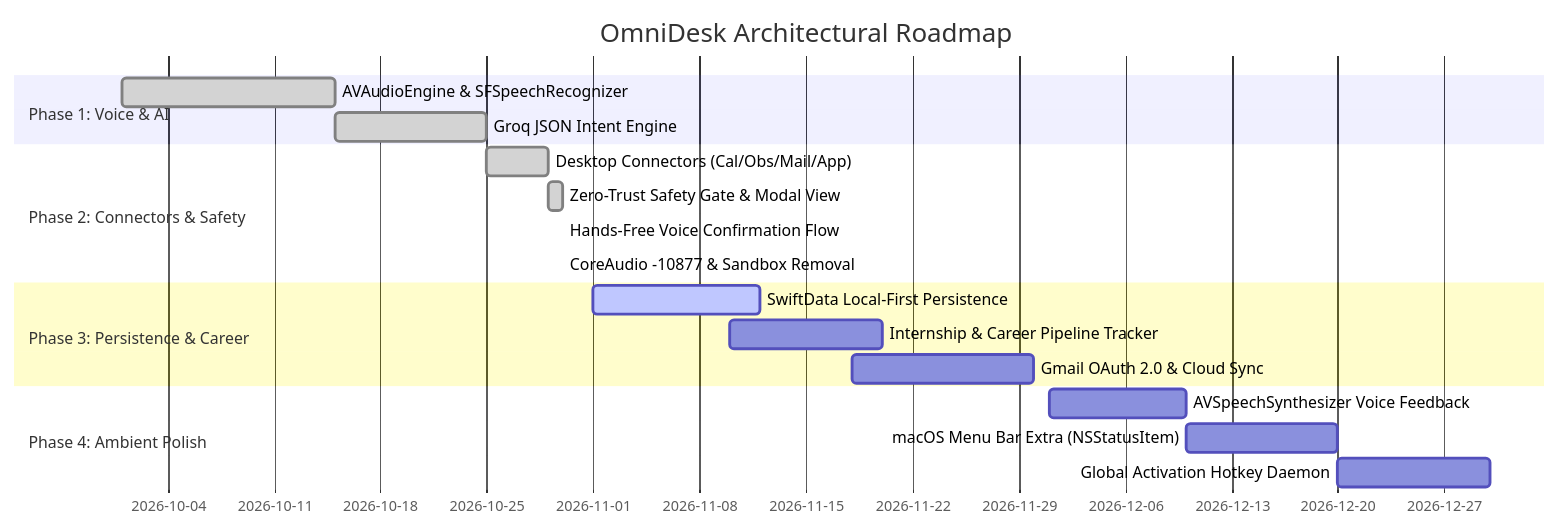
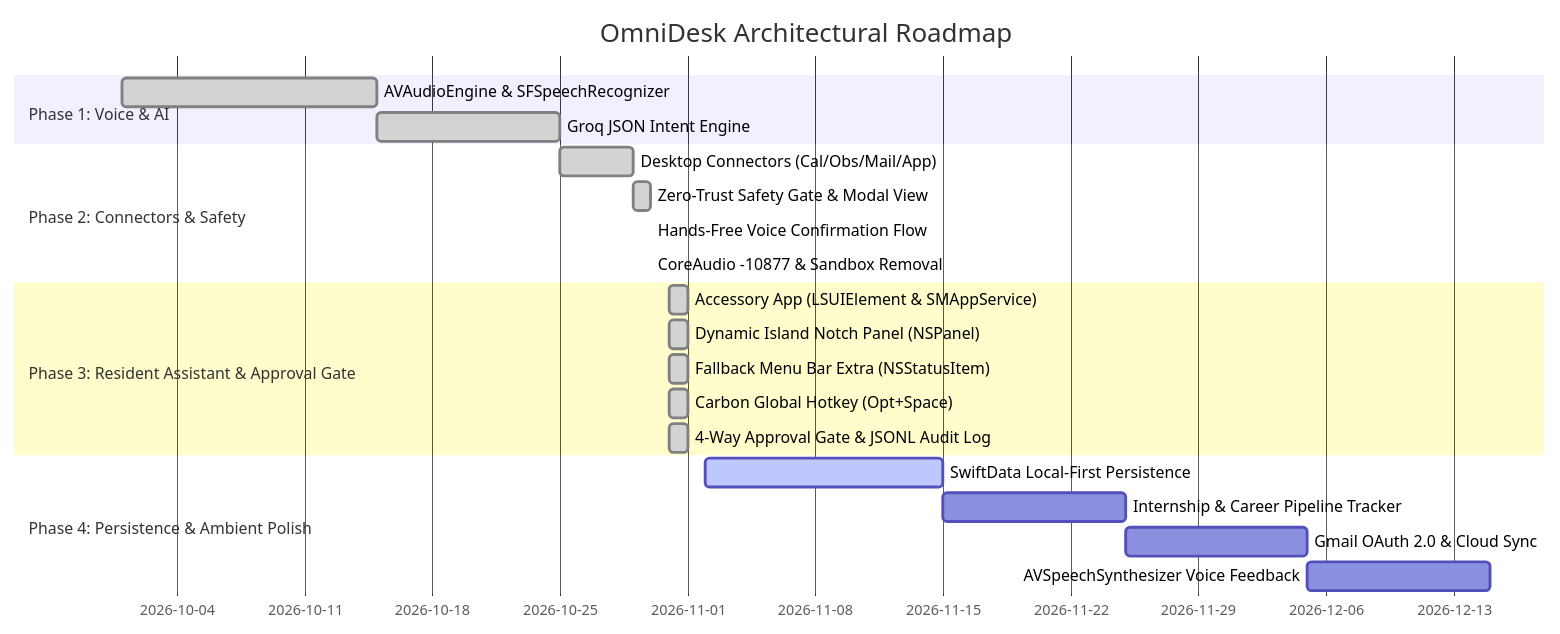
Before and after one commit to Dhruvil05Patel/OmniDesk: the diagram in .agents/summary.md, drawn with Mermaid. The commit also changed other lines of this file, not shown here.

Commit message:
docs: update summary.md with resident assistant and approval gate status

````diff
--- a/.agents/summary.md
+++ b/.agents/summary.md
@@ -226,21 +226,24 @@
 ```mermaid
 gantt
     title OmniDesk Architectural Roadmap
     dateFormat  YYYY-MM-DD
     section Phase 1: Voice & AI
     AVAudioEngine & SFSpeechRecognizer     :done, p1_1, 2026-10-01, 2026-10-15
     Groq JSON Intent Engine                :done, p1_2, 2026-10-15, 2026-10-25
     section Phase 2: Connectors & Safety
     Desktop Connectors (Cal/Obs/Mail/App)  :done, p2_1, 2026-10-25, 2026-10-29
     Zero-Trust Safety Gate & Modal View    :done, p2_2, 2026-10-29, 2026-10-30
     Hands-Free Voice Confirmation Flow     :done, p2_3, 2026-10-30, 2026-10-30
     CoreAudio -10877 & Sandbox Removal     :done, p2_4, 2026-10-30, 2026-10-30
-    section Phase 3: Persistence & Career
-    SwiftData Local-First Persistence      :active, p3_1, 2026-11-01, 2026-11-12
-    Internship & Career Pipeline Tracker   :p3_2, 2026-11-10, 2026-11-20
-    Gmail OAuth 2.0 & Cloud Sync           :p3_3, 2026-11-18, 2026-11-30
-    section Phase 4: Ambient Polish
-    AVSpeechSynthesizer Voice Feedback     :p4_1, 2026-12-01, 2026-12-10
-    macOS Menu Bar Extra (NSStatusItem)    :p4_2, 2026-12-10, 2026-12-20
-    Global Activation Hotkey Daemon        :p4_3, 2026-12-20, 2026-12-30
+    section Phase 3: Resident Assistant & Approval Gate
+    Accessory App (LSUIElement & SMAppService) :done, p3_1, 2026-10-31, 2026-11-01
+    Dynamic Island Notch Panel (NSPanel)      :done, p3_2, 2026-10-31, 2026-11-01
+    Fallback Menu Bar Extra (NSStatusItem)    :done, p3_3, 2026-10-31, 2026-11-01
+    Carbon Global Hotkey (Opt+Space)          :done, p3_4, 2026-10-31, 2026-11-01
+    4-Way Approval Gate & JSONL Audit Log     :done, p3_5, 2026-10-31, 2026-11-01
+    section Phase 4: Persistence & Ambient Polish
+    SwiftData Local-First Persistence         :active, p4_1, 2026-11-02, 2026-11-15
+    Internship & Career Pipeline Tracker      :p4_2, 2026-11-15, 2026-11-25
+    Gmail OAuth 2.0 & Cloud Sync              :p4_3, 2026-11-25, 2026-12-05
+    AVSpeechSynthesizer Voice Feedback        :p4_4, 2026-12-05, 2026-12-15
 ```
````
